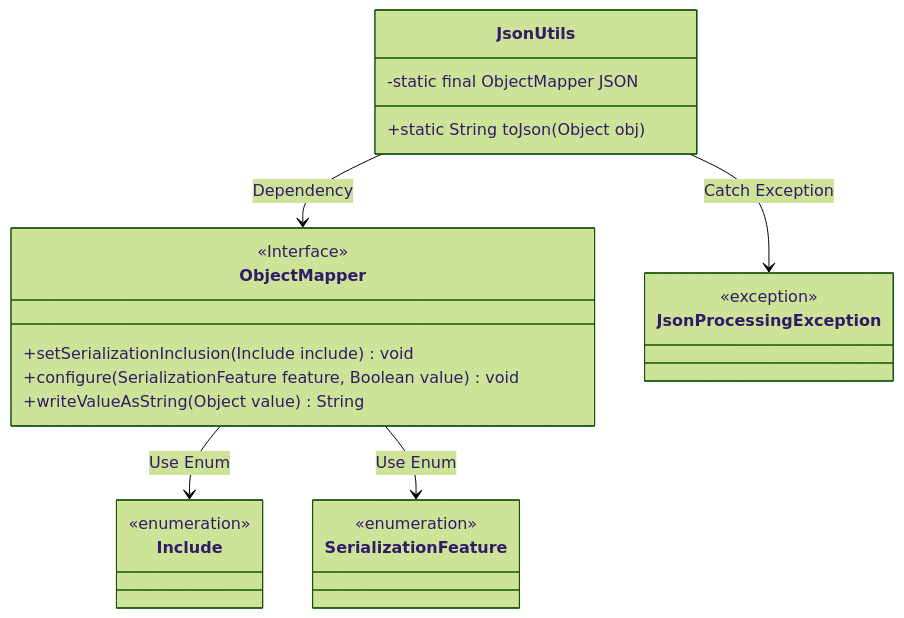
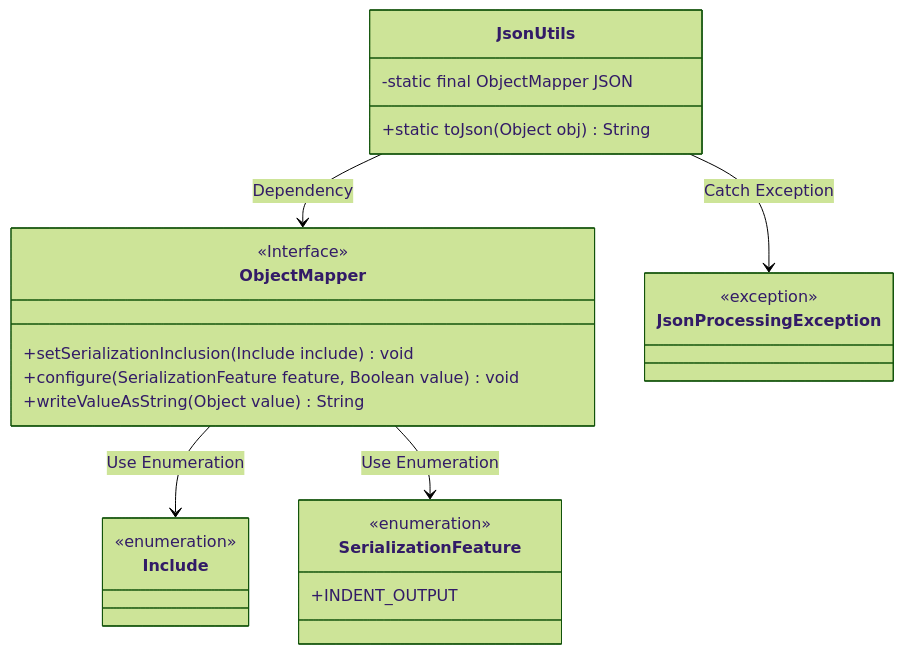
Before and after one commit to v-wjrong/binary_weixin-java-miniapp-demo: the first of 2 diagrams in docs/en/docs/src/main/java/com/github/binarywang/demo/wx/miniapp/utils/JsonUtils.md, drawn with Mermaid (forest theme). The commit also changed other lines of this file and 47 other files, not shown here.

````diff
--- a/docs/en/docs/src/main/java/com/github/binarywang/demo/wx/miniapp/utils/JsonUtils.md
+++ b/docs/en/docs/src/main/java/com/github/binarywang/demo/wx/miniapp/utils/JsonUtils.md
@@ -36,31 +36,32 @@
 ```mermaid
 classDiagram
     class JsonUtils {
         -static final ObjectMapper JSON
-        +static String toJson(Object obj)
+        +static toJson(Object obj) String
     }
 
     class ObjectMapper {
         <<Interface>>
         +setSerializationInclusion(Include include) void
         +configure(SerializationFeature feature, Boolean value) void
         +writeValueAsString(Object value) String
     }
 
     class Include {
         <<enumeration>>
     }
 
     class SerializationFeature {
         <<enumeration>>
+        +INDENT_OUTPUT
     }
 
     class JsonProcessingException {
         <<exception>>
     }
 
     JsonUtils --> ObjectMapper : Dependency
     JsonUtils --> JsonProcessingException : Catch Exception
-    ObjectMapper --> Include : Use Enum
-    ObjectMapper --> SerializationFeature : Use Enum
+    ObjectMapper --> Include : Use Enumeration
+    ObjectMapper --> SerializationFeature : Use Enumeration
 ```
````
